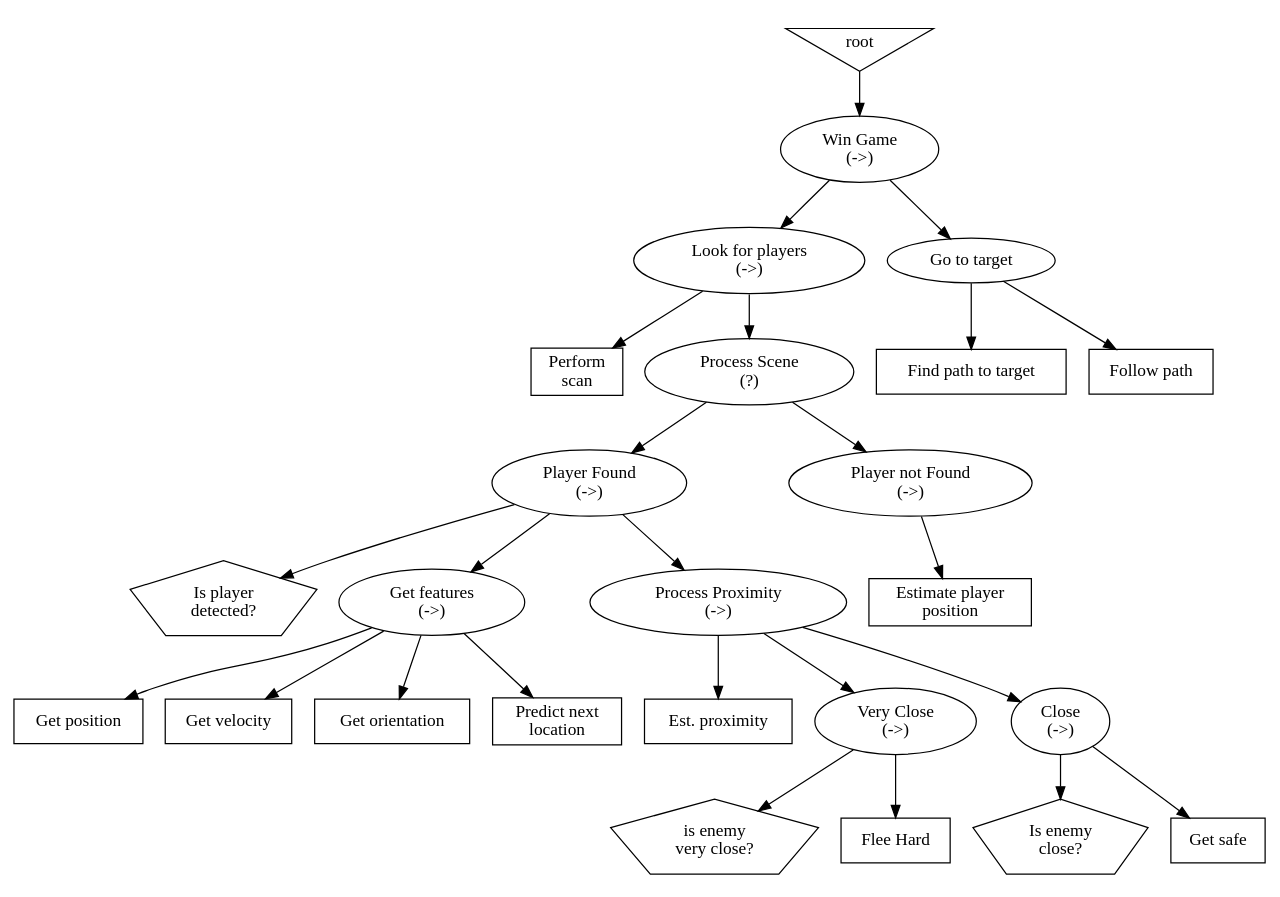
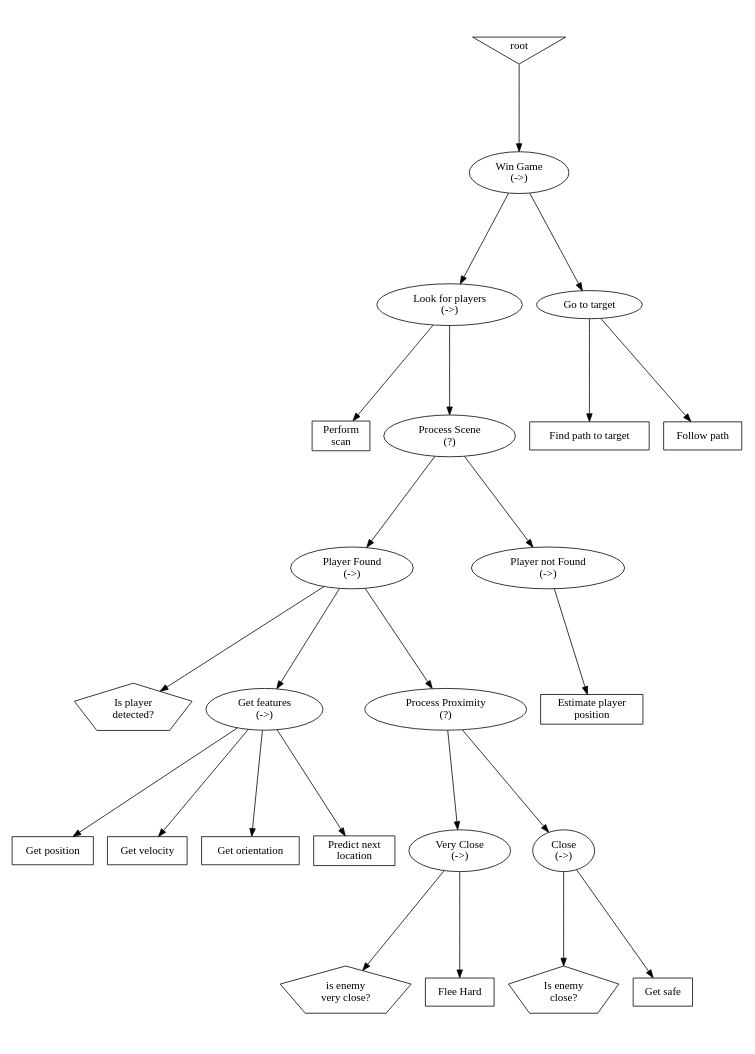
One commit to AIRLab-POLIMI/Robotower2.0 changed the diagram in robogame_bt/additionals/btgraph.gv. Above: the diagram before and after it, drawn with Graphviz. The commit also changed 1 other file, not shown here.

```diff
--- a/robogame_bt/additionals/btgraph.gv
+++ b/robogame_bt/additionals/btgraph.gv
@@ -1,54 +1,57 @@
 digraph G{
+    
+    ratio="fill";
+    size="8.3,11.7!";
+    margin=0;
+
     root -> win_game;
     win_game -> look_for_player;
     win_game -> goto_target;
     look_for_player -> scan;
     look_for_player -> proc_scene;
     proc_scene -> player_found;
     player_found -> player_dect;
     player_found -> get_feat;
     get_feat -> est_pos;
     get_feat -> est_vel;
     get_feat -> est_ori;
     get_feat -> est_fut_pos;
     proc_scene -> player_nFound;
     player_nFound -> est_loc;
     player_found -> proc_prox;
-    proc_prox -> get_prox;
     proc_prox -> very_close;
 	proc_prox -> close;
 	close -> is_close;
 	close -> get_safe;
     very_close -> is_very_close;
     very_close -> flee_hard;
 
 	goto_target -> calc_path;
 	goto_target -> follow_path;
 	
 	close [label="Close\n(->)"];
 	is_close [label="Is enemy\nclose?",shape=pentagon];
 	get_safe [label="Get safe",shape=box];
 	follow_path [label="Follow path",shape=box];
 	calc_path [label="Find path to target",shape=box];
 	flee_hard [label="Flee Hard",shape=box];
 	is_very_close [label="is enemy\nvery close?",shape=pentagon];
-    proc_prox [label="Process Proximity\n(->)"];
+    proc_prox [label="Process Proximity\n(?)"];
     very_close [label="Very Close\n(->)"];
     est_loc [label="Estimate player\nposition",shape=box];
     est_fut_pos [label="Predict next\nlocation",shape=box];
     player_nFound [label="Player not Found\n(->)"];
-    get_prox [label="Est. proximity",shape=box];
     player_found [label="Player Found\n(->)"];
     est_pos [label="Get position",shape=box];
     est_vel [label="Get velocity",shape=box];
     est_ori [label="Get orientation",shape=box];
     goto_target [label="Go to target"];
     get_feat [label="Get features\n(->)"];
     player_dect [label="Is player\ndetected?", shape=pentagon];
     win_game[label="Win Game\n(->)"];
     look_for_player [label="Look for players\n(->)"];
     scan [label="scan\n(->)"];
     scan [label="Perform\nscan",shape=box];
     root [shape=invtriangle];
     proc_scene [label="Process Scene\n(?)"];
 }
```
